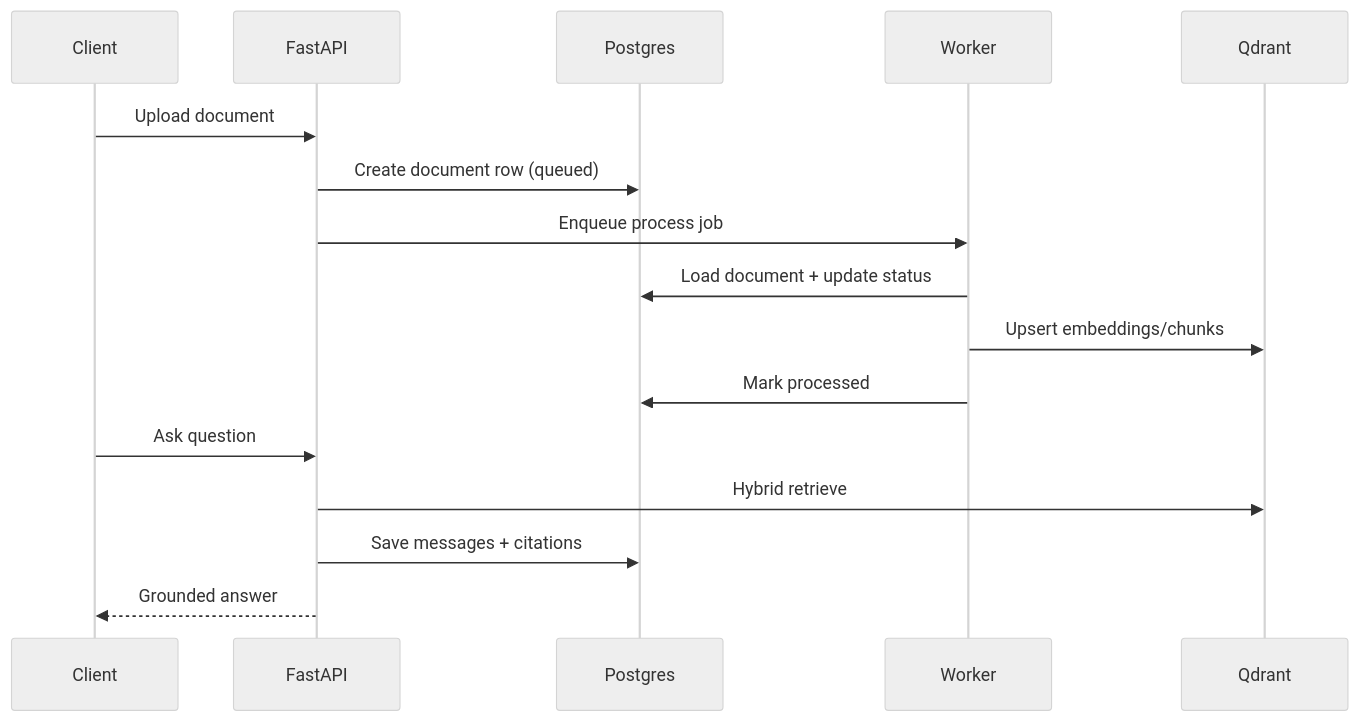
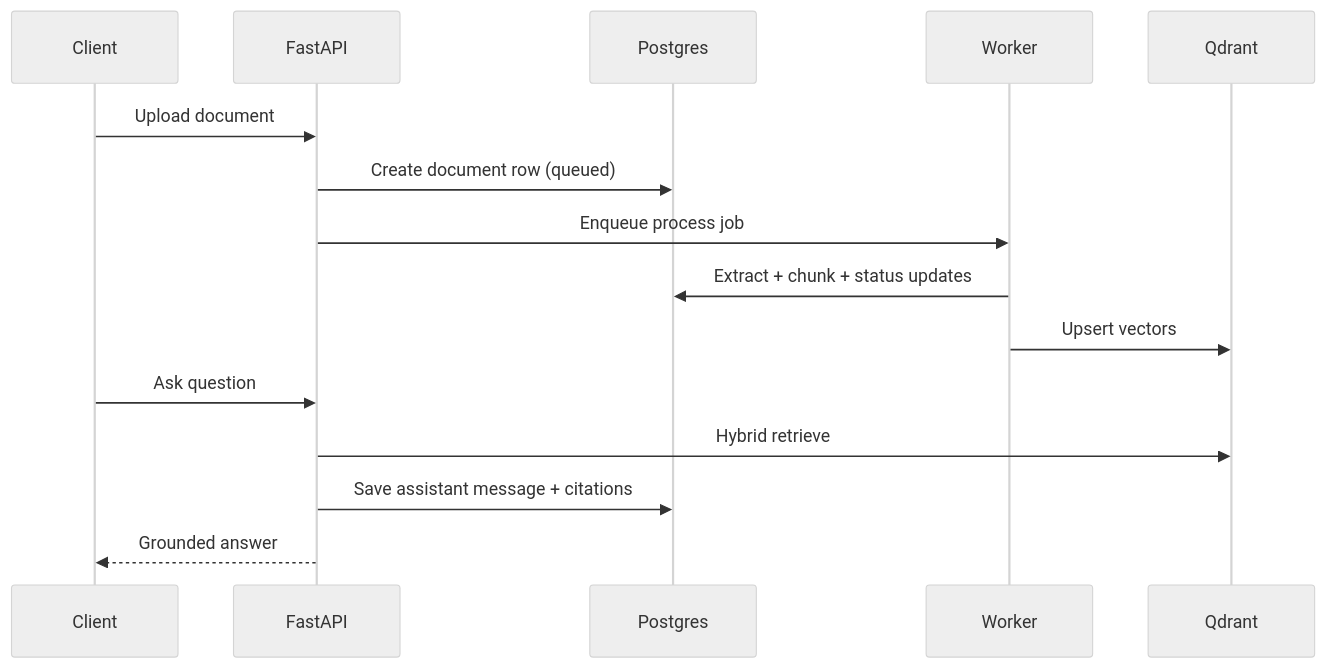
Before and after one commit to swaraj-d3v/KnowStack: the second of 2 diagrams in README.md, drawn with Mermaid (neutral theme). The commit also changed other lines of this file and 2 other files, not shown here.

````diff
--- a/README.md
+++ b/README.md
@@ -53,19 +68,18 @@
 ```mermaid
 sequenceDiagram
   participant C as Client
   participant API as FastAPI
   participant DB as Postgres
   participant WRK as Worker
   participant VDB as Qdrant
 
   C->>API: Upload document
   API->>DB: Create document row (queued)
   API->>WRK: Enqueue process job
-  WRK->>DB: Load document + update status
-  WRK->>VDB: Upsert embeddings/chunks
-  WRK->>DB: Mark processed
+  WRK->>DB: Extract + chunk + status updates
+  WRK->>VDB: Upsert vectors
   C->>API: Ask question
   API->>VDB: Hybrid retrieve
-  API->>DB: Save messages + citations
+  API->>DB: Save assistant message + citations
   API-->>C: Grounded answer
 ```
````
